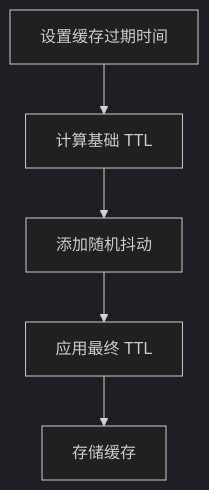
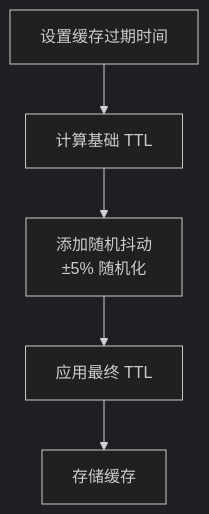
One commit to PersonNoName/FreeTrader changed diagram 19 of 20 in .qoder/repowiki/zh/content/缓存与性能优化/Redis 缓存策略.md. Above: the diagram before and after it, drawn with Mermaid (dark theme). The commit also changed other lines of this file and 10 other files, not shown here.

````diff
--- a/.qoder/repowiki/zh/content/缓存与性能优化/Redis 缓存策略.md
+++ b/.qoder/repowiki/zh/content/缓存与性能优化/Redis 缓存策略.md
@@ -511,7 +630,7 @@
 ```mermaid
 flowchart TD
 SetTTL["设置缓存过期时间"] --> BaseTTL["计算基础 TTL"]
-BaseTTL --> Randomize["添加随机抖动"]
+BaseTTL --> Randomize["添加随机抖动<br/>±5% 随机化"]
 Randomize --> ApplyTTL["应用最终 TTL"]
 ApplyTTL --> StoreCache["存储缓存"]
 ```
````
